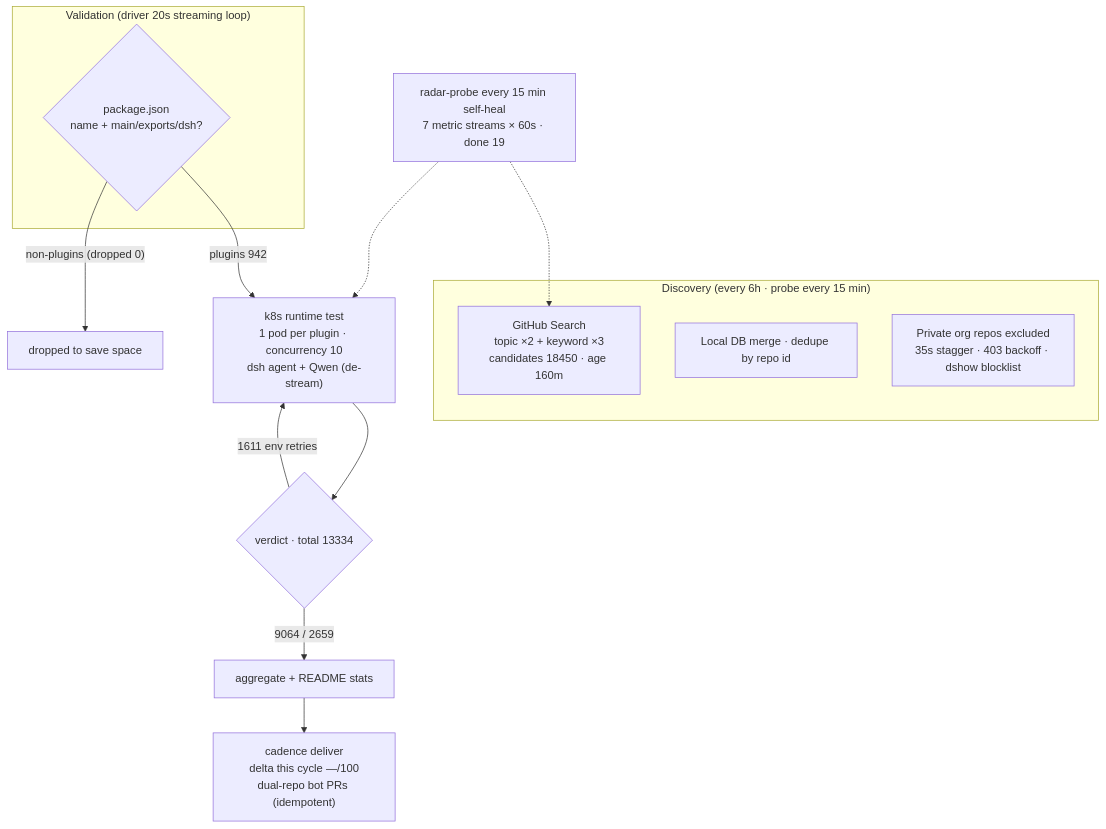
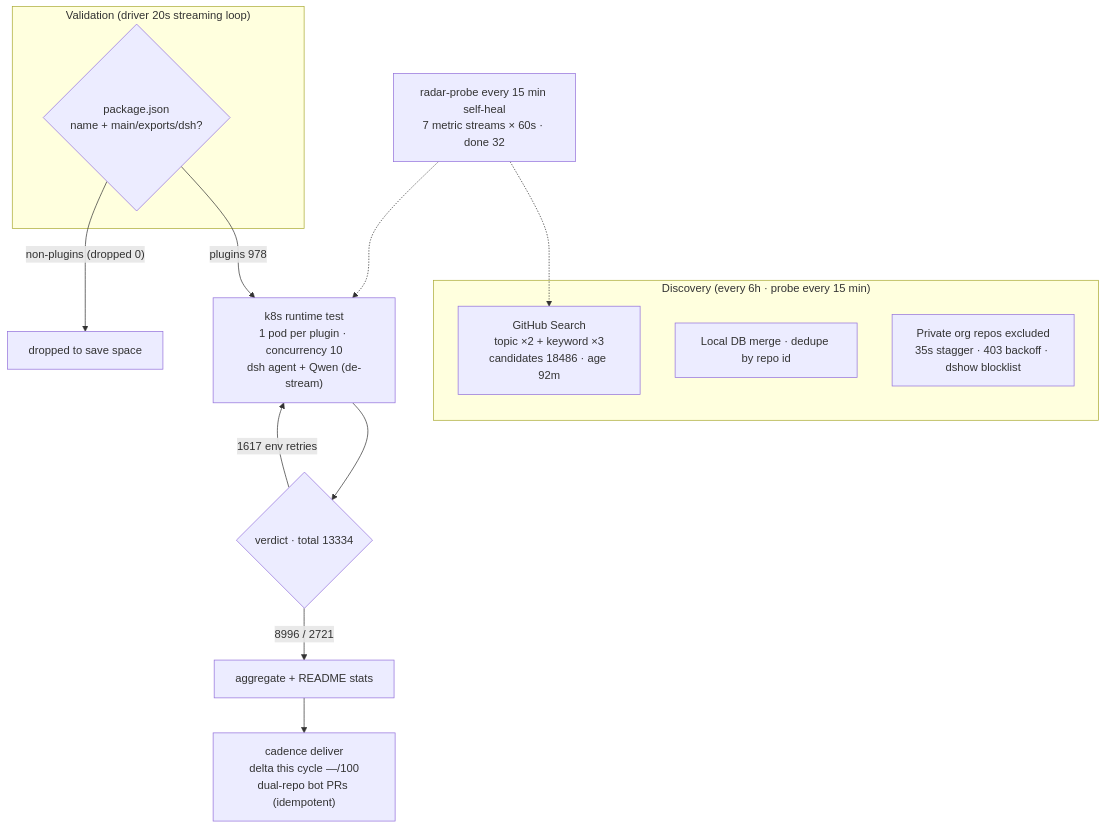
One commit to Zhidao-Lab-OSS/awesome-dsh-plugins changed the diagram in README.en-US.md. Above: the diagram before and after it, drawn with Mermaid. The commit also changed other lines of this file and 1 other file, not shown here.

````diff
--- a/README.en-US.md
+++ b/README.en-US.md
@@ -45,20 +45,20 @@
 ```mermaid
 flowchart TB
     subgraph Discovery["Discovery (every 6h · probe every 15 min)"]
-        A1["GitHub Search<br/>topic ×2 + keyword ×3<br/>candidates 18450 · age 160m"]
+        A1["GitHub Search<br/>topic ×2 + keyword ×3<br/>candidates 18486 · age 92m"]
         A2["Local DB merge · dedupe by repo id"]
         A3["Private org repos excluded<br/>35s stagger · 403 backoff · dshow blocklist"]
     end
     subgraph Validation["Validation (driver 20s streaming loop)"]
         B1{"package.json<br/>name + main/exports/dsh?"}
     end
-    B1 -->|"plugins 942"| C1["k8s runtime test<br/>1 pod per plugin · concurrency 10<br/>dsh agent + Qwen (de-stream)"]
+    B1 -->|"plugins 978"| C1["k8s runtime test<br/>1 pod per plugin · concurrency 10<br/>dsh agent + Qwen (de-stream)"]
     B1 -->|"non-plugins (dropped 0)"| B3["dropped to save space"]
     C1 --> D1{"verdict · total 13334"}
-    D1 -->|"9064 / 2659"| E1["aggregate + README stats"]
-    D1 -->|"1611 env retries"| C1
+    D1 -->|"8996 / 2721"| E1["aggregate + README stats"]
+    D1 -->|"1617 env retries"| C1
     E1 --> E2["cadence deliver<br/>delta this cycle —/100<br/>dual-repo bot PRs (idempotent)"]
-    M["radar-probe every 15 min self-heal<br/>7 metric streams × 60s · done 19"]
+    M["radar-probe every 15 min self-heal<br/>7 metric streams × 60s · done 32"]
     M -.-> A1
     M -.-> C1
 ```
````
